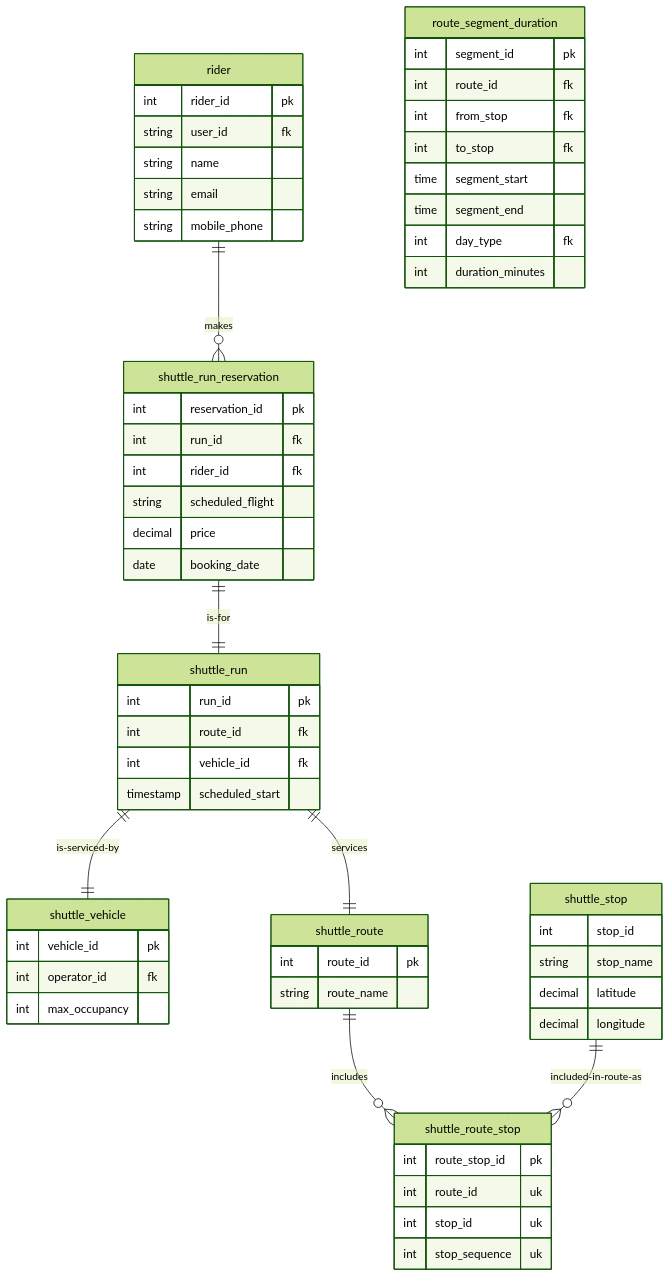
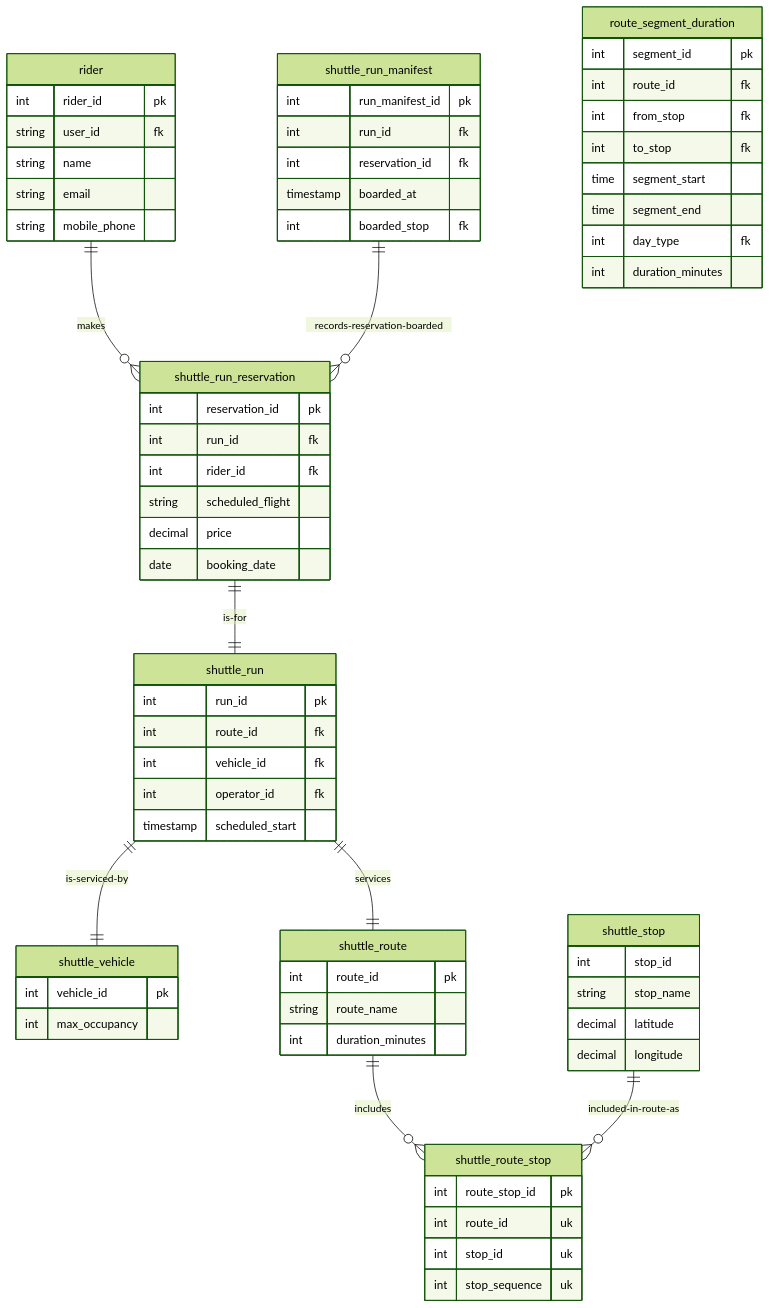
One commit to Snookblast/coding-challenge changed the diagram in README.md. Above: the diagram before and after it, drawn with Mermaid (forest theme).

````diff
--- a/README.md
+++ b/README.md
@@ -3,70 +3,81 @@
 ```mermaid
 erDiagram
     rider {
         int rider_id pk
         string user_id fk
         string name
         string email
         string mobile_phone
     }
 
     shuttle_run_reservation {
         int reservation_id pk
         int run_id fk
         int rider_id fk
         string scheduled_flight
         decimal price 
         date booking_date 
     }
 
     shuttle_run {
         int run_id pk
         int route_id fk
         int vehicle_id fk
+        int operator_id fk
         timestamp scheduled_start
+    }
+
+    shuttle_run_manifest {
+        int run_manifest_id pk
+        int run_id fk
+        int reservation_id fk
+        timestamp boarded_at
+        int boarded_stop fk
     }
 
     shuttle_vehicle {
       int vehicle_id pk
-      int operator_id fk
       int max_occupancy
     }
 
     shuttle_route {
         int route_id pk
-        string route_name 
+        string route_name
+        int duration_minutes
     }
 
     shuttle_stop {
         int stop_id
         string stop_name
         decimal latitude
         decimal longitude
     }
     
     shuttle_route_stop {
         int route_stop_id pk
         int route_id uk
         int stop_id uk
         int stop_sequence uk
     }
 
     route_segment_duration {
         int segment_id pk
         int route_id fk
         int from_stop fk
         int to_stop fk
         time segment_start
         time segment_end
         int day_type fk
         int duration_minutes
     }
 
     rider ||--o{ shuttle_run_reservation : makes
     shuttle_run_reservation ||--|| shuttle_run : is-for
     shuttle_run ||--|| shuttle_route : services
+    shuttle_run_manifest ||--o{ shuttle_run_reservation : records-reservation-boarded
     shuttle_run ||--|| shuttle_vehicle : is-serviced-by
     shuttle_route ||--o{ shuttle_route_stop : includes
     shuttle_stop ||--o{ shuttle_route_stop : included-in-route-as
 
+
 ```
````
